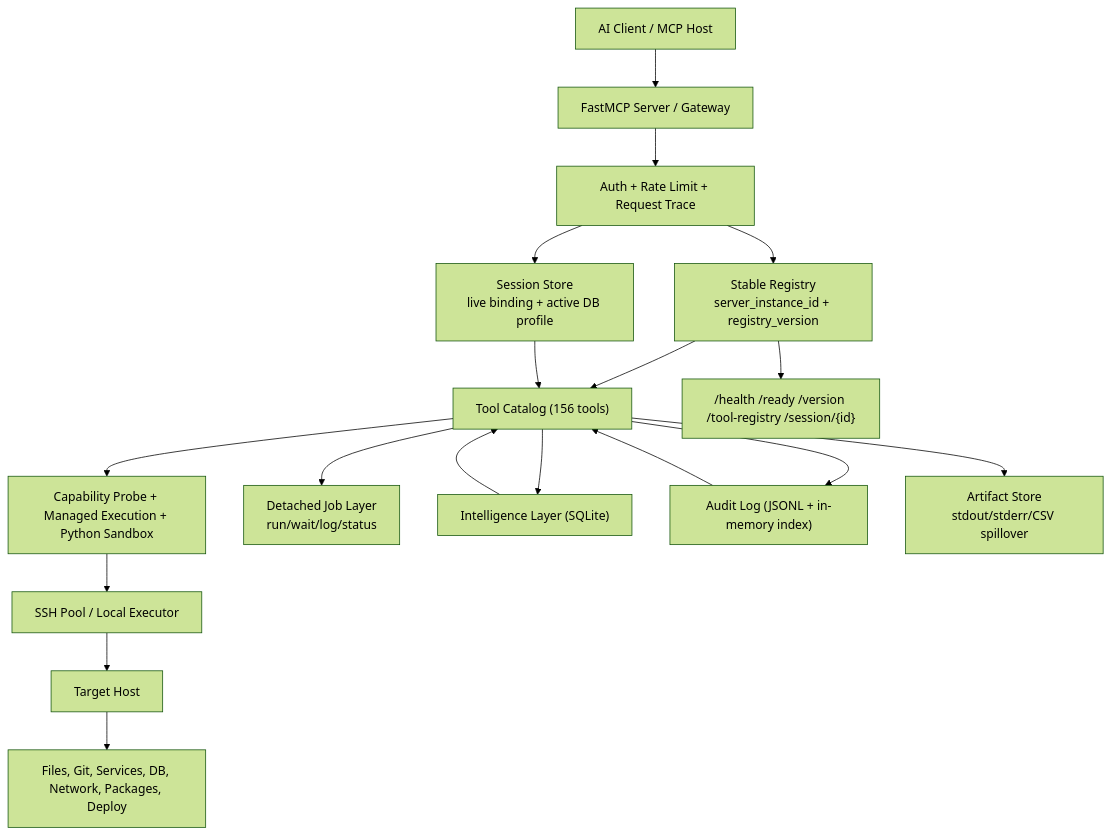
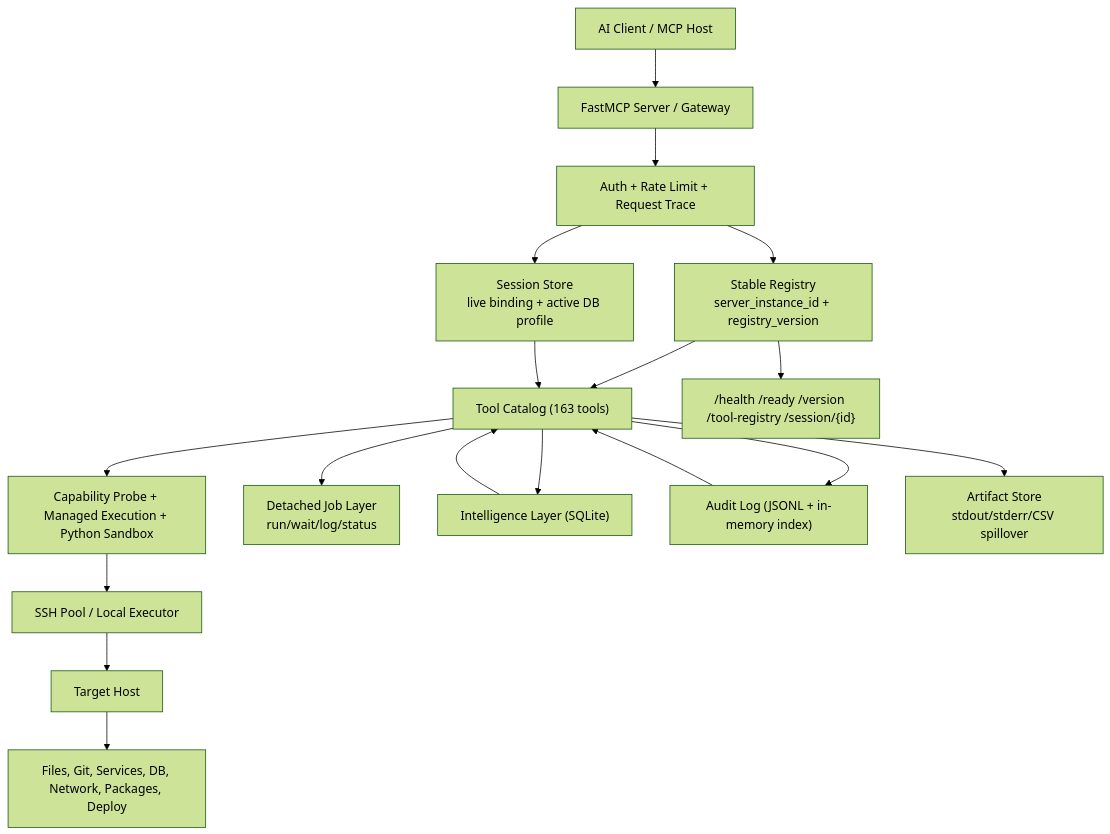
One commit to farukalpay/mcp-nexus changed the third of 3 diagrams in README.md. Above: the diagram before and after it, drawn with Mermaid (forest theme). The commit also changed other lines of this file and 22 other files, not shown here.

````diff
--- a/README.md
+++ b/README.md
@@ -543,20 +566,20 @@
 ```mermaid
 flowchart TB
     Client["AI Client / MCP Host"] --> Gateway["FastMCP Server / Gateway"]
     Gateway --> Middleware["Auth + Rate Limit + Request Trace"]
     Middleware --> Registry["Stable Registry<br/>server_instance_id + registry_version"]
     Middleware --> Sessions["Session Store<br/>live binding + active DB profile"]
-    Registry --> Tools["Tool Catalog (156 tools)"]
+    Registry --> Tools["Tool Catalog (163 tools)"]
     Sessions --> Tools
     Tools --> Runtime["Capability Probe + Managed Execution + Python Sandbox"]
     Tools --> Jobs["Detached Job Layer<br/>run/wait/log/status"]
     Tools --> Memory["Intelligence Layer (SQLite)"]
     Tools --> Audit["Audit Log (JSONL + in-memory index)"]
     Tools --> Artifacts["Artifact Store<br/>stdout/stderr/CSV spillover"]
     Runtime --> Pool["SSH Pool / Local Executor"]
     Pool --> Target["Target Host"]
     Target --> Domains["Files, Git, Services, DB, Network, Packages, Deploy"]
     Memory --> Tools
     Audit --> Tools
     Registry --> Endpoints["/health /ready /version /tool-registry /session/{id}"]
 ```
````
